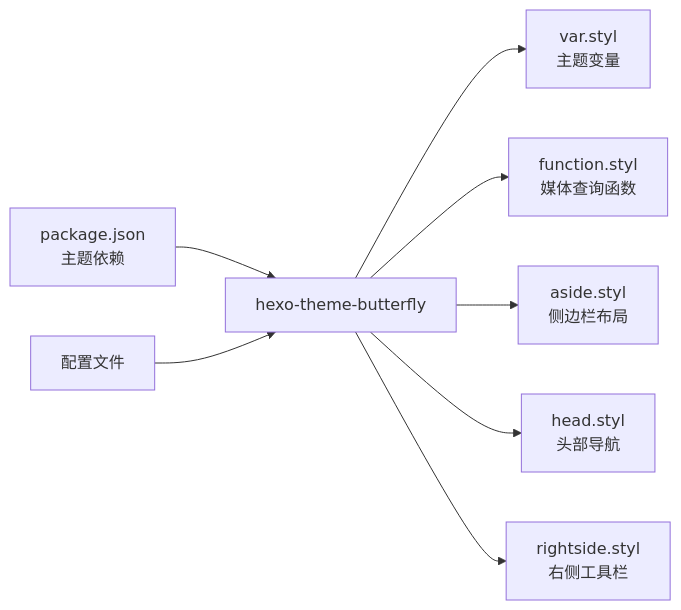
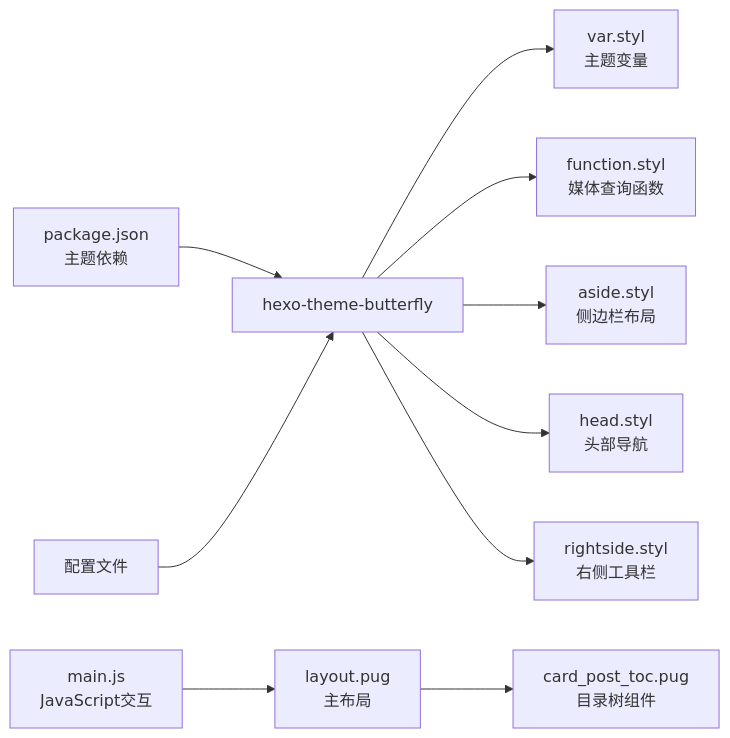
Before and after one commit to CoolPig0720/CoolPig0720.github.io: the sixth of 6 diagrams in .qoder/repowiki/zh/content/主题和样式系统/响应式设计实现.md, drawn with Mermaid. The commit also changed other lines of this file and 13 other files, not shown here.

````diff
--- a/.qoder/repowiki/zh/content/主题和样式系统/响应式设计实现.md
+++ b/.qoder/repowiki/zh/content/主题和样式系统/响应式设计实现.md
@@ -198,10 +253,12 @@
 ```mermaid
 graph LR
 PKG["package.json<br/>主题依赖"] --> THEME["hexo-theme-butterfly"]
 THEME --> VAR["var.styl<br/>主题变量"]
 THEME --> FUNC["function.styl<br/>媒体查询函数"]
 THEME --> ASIDE["aside.styl<br/>侧边栏布局"]
 THEME --> HEAD["head.styl<br/>头部导航"]
 THEME --> RIGHT["rightside.styl<br/>右侧工具栏"]
 CFG["配置文件"] --> THEME
+LAYOUT["layout.pug<br/>主布局"] --> WIDGET["card_post_toc.pug<br/>目录树组件"]
+JS["main.js<br/>JavaScript交互"] --> LAYOUT
 ```
````
